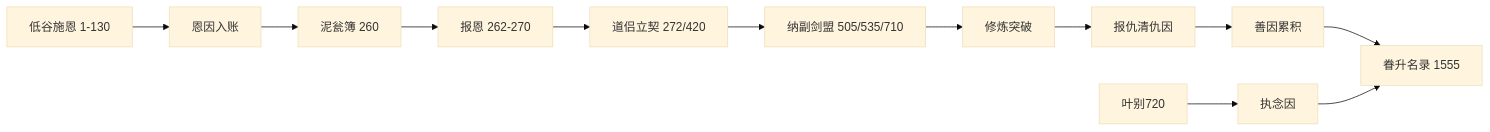
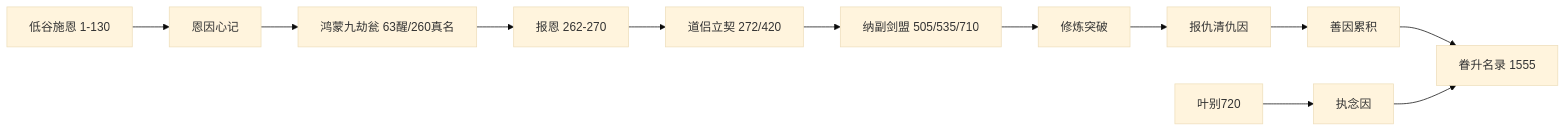
Before and after one commit to holyjing88/NovelProject: the diagram in docs/凡骨丑翁逆天录/11-四大扩展系统.md, drawn with Mermaid (base theme). The commit also changed other lines of this file and 420 other files, not shown here.

````diff
--- a/docs/凡骨丑翁逆天录/11-四大扩展系统.md
+++ b/docs/凡骨丑翁逆天录/11-四大扩展系统.md
@@ -172,14 +182,14 @@
 ```mermaid
 flowchart LR
-    低谷施恩["低谷施恩 1-130"] --> 恩因["恩因入账"]
-    恩因 --> 泥瓮簿["泥瓮簿 260"]
-    泥瓮簿 --> 省亲["报恩 262-270"]
+    低谷施恩["低谷施恩 1-130"] --> 恩因["恩因心记"]
+    恩因 --> 瓮醒["鸿蒙九劫瓮 63醒/260真名"]
+    瓮醒 --> 省亲["报恩 262-270"]
     省亲 --> 道侣["道侣立契 272/420"]
     道侣 --> 后宫["纳副剑盟 505/535/710"]
     后宫 --> 修炼["修炼突破"]
     修炼 --> 报仇["报仇清仇因"]
     报仇 --> 善因["善因累积"]
     善因 --> 眷升["眷升名录 1555"]
     叶坐化["叶别720"] --> 执念因["执念因"]
     执念因 --> 眷升
 ```
````
